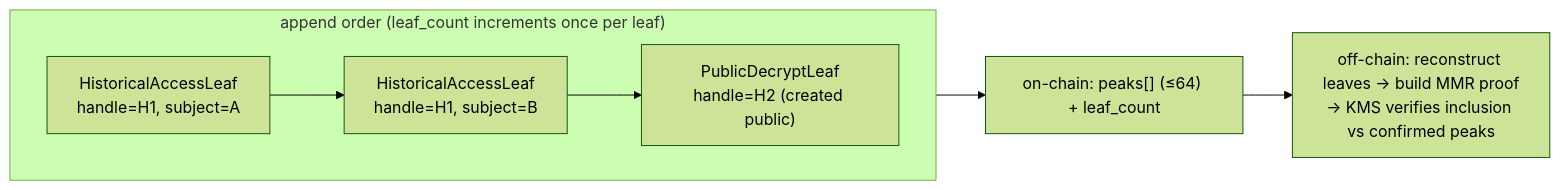
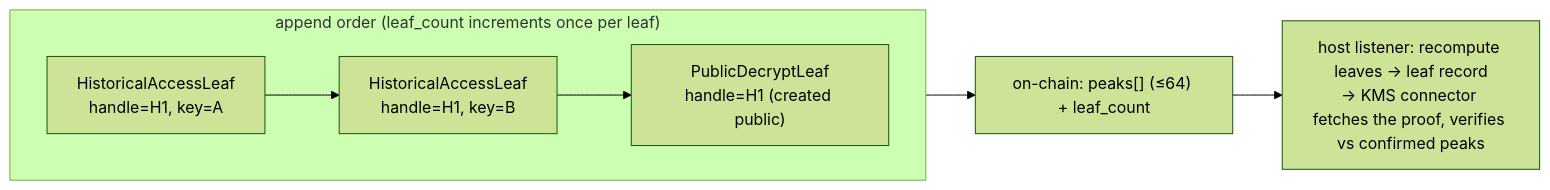
One commit to zama-ai/fhevm changed the second of 6 diagrams in solana/docs/MMR_ACL_MVP.md. Above: the diagram before and after it, drawn with Mermaid (forest theme). The commit also changed other lines of this file and 18 other files, not shown here.

````diff
--- a/solana/docs/MMR_ACL_MVP.md
+++ b/solana/docs/MMR_ACL_MVP.md
@@ -120,9 +118,9 @@
 ```mermaid
 flowchart LR
     subgraph append["append order (leaf_count increments once per leaf)"]
         direction LR
-        H0["HistoricalAccessLeaf<br/>handle=H1, subject=A"] --> H1["HistoricalAccessLeaf<br/>handle=H1, subject=B"] --> P0["PublicDecryptLeaf<br/>handle=H2 (created public)"]
+        H0["HistoricalAccessLeaf<br/>handle=H1, key=A"] --> H1["HistoricalAccessLeaf<br/>handle=H1, key=B"] --> P0["PublicDecryptLeaf<br/>handle=H1 (created public)"]
     end
     append --> peaks["on-chain: peaks[] (≤64) + leaf_count"]
-    peaks --> verify["off-chain: reconstruct leaves → build MMR proof<br/>→ KMS verifies inclusion vs confirmed peaks"]
+    peaks --> verify["host listener: recompute leaves → leaf record<br/>→ KMS connector fetches the proof, verifies vs confirmed peaks"]
 ```
````
